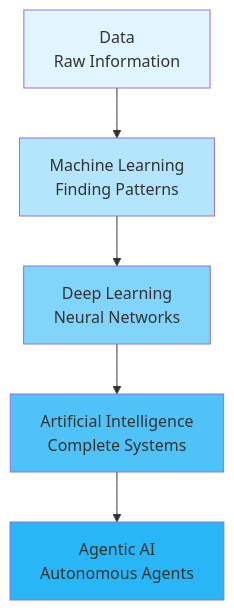
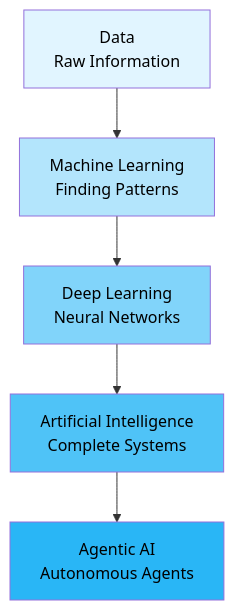
One commit to iNavLabsResearch/ai_starter changed the first of 2 diagrams in docs/session_1/1_introduction_to_ai.md. Above: the diagram before and after it, drawn with Mermaid. The commit also changed other lines of this file and 8 other files, not shown here.

First line of the commit message:
Fix Mermaid diagram text visibility - set all text to black

````diff
--- a/docs/session_1/1_introduction_to_ai.md
+++ b/docs/session_1/1_introduction_to_ai.md
@@ -19,13 +19,13 @@
 ```mermaid
 graph TD
     A[Data<br/>Raw Information] --> B[Machine Learning<br/>Finding Patterns]
     B --> C[Deep Learning<br/>Neural Networks]
     C --> D[Artificial Intelligence<br/>Complete Systems]
     D --> E[Agentic AI<br/>Autonomous Agents]
     
-    style A fill:#e1f5ff
-    style B fill:#b3e5fc
-    style C fill:#81d4fa
-    style D fill:#4fc3f7
-    style E fill:#29b6f6
+    style A fill:#e1f5ff,color:#000000
+    style B fill:#b3e5fc,color:#000000
+    style C fill:#81d4fa,color:#000000
+    style D fill:#4fc3f7,color:#000000
+    style E fill:#29b6f6,color:#000000
 ```
````
